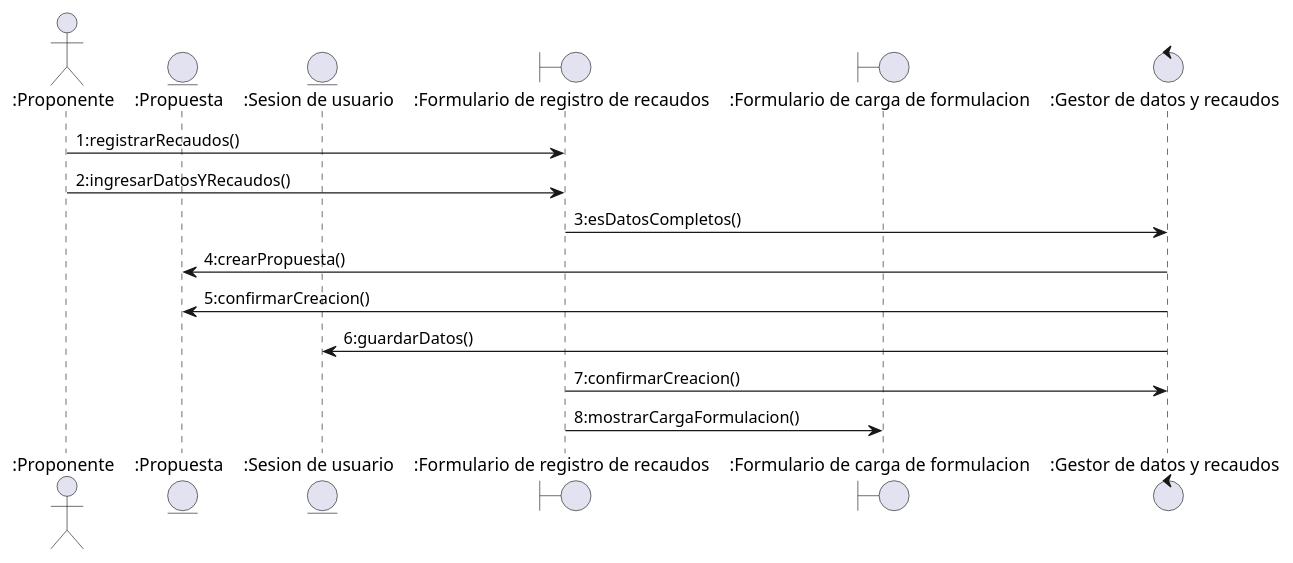
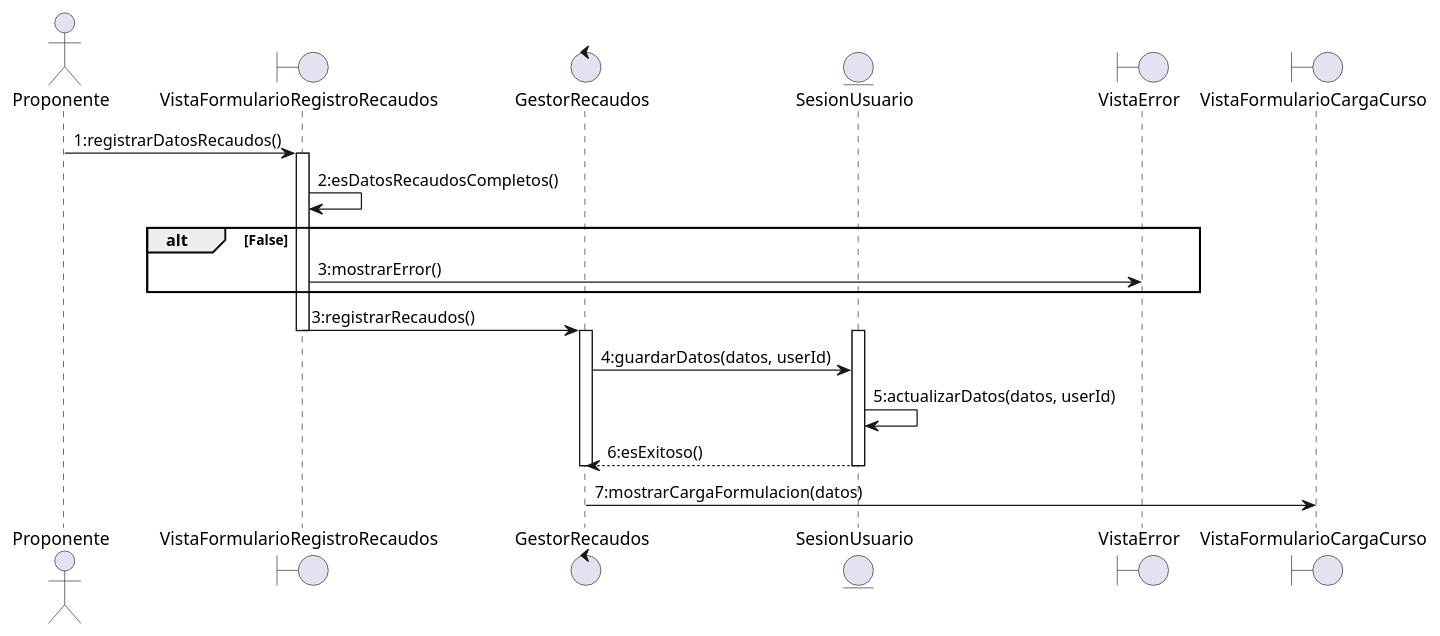
The diagram in docs/scenariosView/DisciplinaDeDisenio/DiagramaDeSecuenciaRegistrarRecaudos.plantuml (Samantha-Ramirez/ProyectoEquipo7ING), drawn with PlantUML before and after one commit. The commit also changed 9 other files, not shown here.

Commit message:
Diagramas de secuencia Disciplina de disenio

```diff
--- a/docs/scenariosView/DisciplinaDeDisenio/DiagramaDeSecuenciaRegistrarRecaudos.plantuml
+++ b/docs/scenariosView/DisciplinaDeDisenio/DiagramaDeSecuenciaRegistrarRecaudos.plantuml
@@ -1,22 +1,26 @@
 @startuml DiagramaDeSecuenciaRegistrarRecaudos
 
-actor ":Proponente" as actorProponente
+actor Proponente
+boundary VistaFormularioRegistroRecaudos
+control GestorRecaudos
+entity SesionUsuario
+boundary VistaError
+boundary VistaFormularioCargaCurso
 
-entity ":Propuesta" as entidadPropuesta
-entity ":Sesion de usuario" as entidadSesionUsuario
-
-boundary ":Formulario de registro de recaudos" as vistaDeRegistrarRecaudos
-boundary ":Formulario de carga de formulacion" as vistaDeFormulacion
-
-control ":Gestor de datos y recaudos" as ctrlGestorRecaudos
-
-actorProponente -> vistaDeRegistrarRecaudos : 1:registrarRecaudos()
-actorProponente -> vistaDeRegistrarRecaudos : 2:ingresarDatosYRecaudos()
-vistaDeRegistrarRecaudos -> ctrlGestorRecaudos : 3:esDatosCompletos()
-ctrlGestorRecaudos -> entidadPropuesta : 4:crearPropuesta()
-ctrlGestorRecaudos -> entidadPropuesta : 5:confirmarCreacion()
-ctrlGestorRecaudos -> entidadSesionUsuario : 6:guardarDatos()
-vistaDeRegistrarRecaudos -> ctrlGestorRecaudos : 7:confirmarCreacion()
-vistaDeRegistrarRecaudos -> vistaDeFormulacion : 8:mostrarCargaFormulacion()
-
+Proponente -> VistaFormularioRegistroRecaudos : 1:registrarDatosRecaudos()
+activate VistaFormularioRegistroRecaudos
+VistaFormularioRegistroRecaudos -> VistaFormularioRegistroRecaudos : 2:esDatosRecaudosCompletos()
+alt False
+VistaFormularioRegistroRecaudos -> VistaError : 3:mostrarError()
+end
+VistaFormularioRegistroRecaudos -> GestorRecaudos : 3:registrarRecaudos()
+deactivate VistaFormularioRegistroRecaudos
+activate GestorRecaudos
+activate SesionUsuario
+GestorRecaudos -> SesionUsuario : 4:guardarDatos(datos, userId)
+SesionUsuario -> SesionUsuario : 5:actualizarDatos(datos, userId)
+SesionUsuario --> GestorRecaudos : 6:esExitoso()
+deactivate SesionUsuario
+deactivate GestorRecaudos
+GestorRecaudos -> VistaFormularioCargaCurso : 7:mostrarCargaFormulacion(datos)
 @enduml
```
